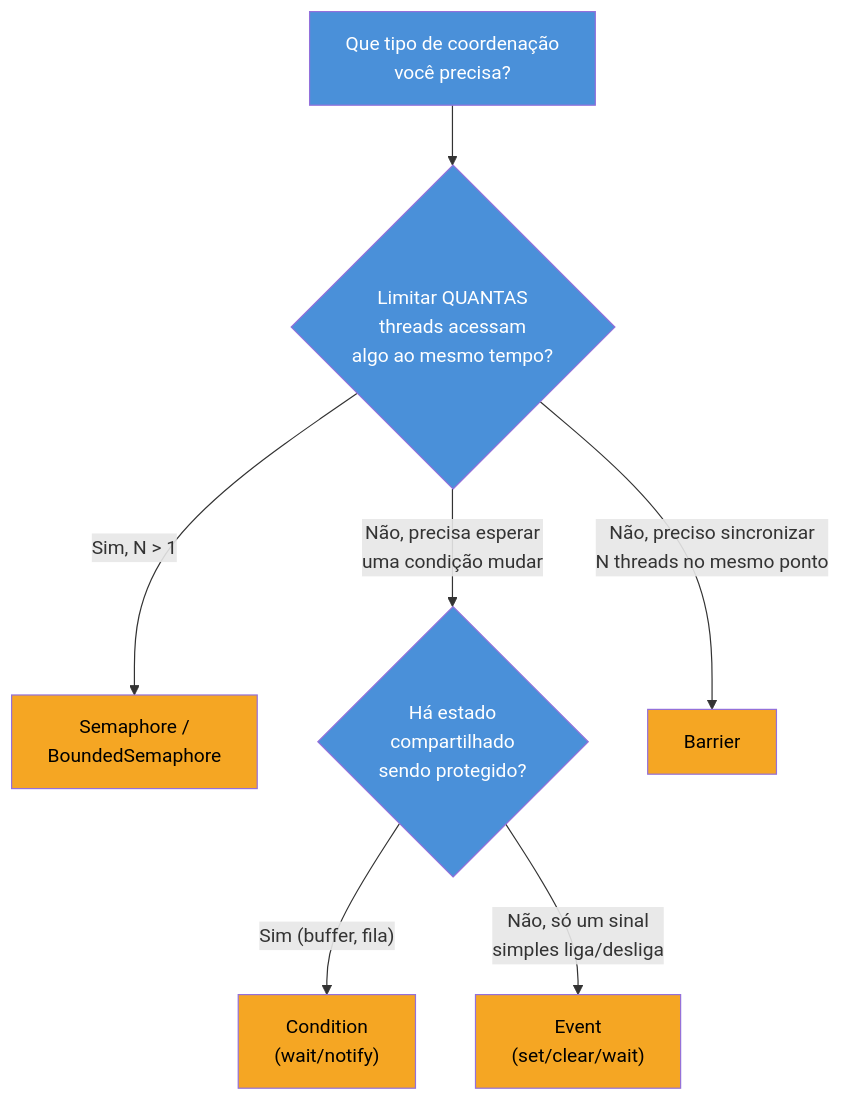
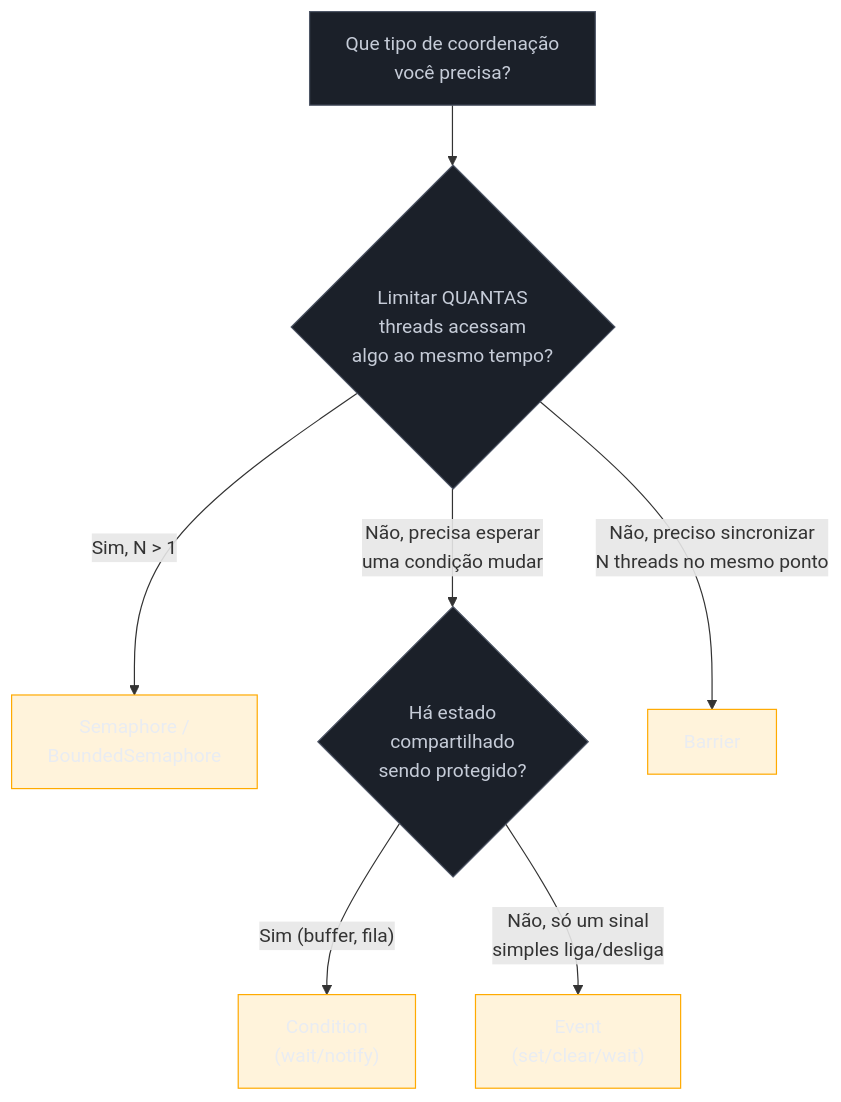
The second of 2 diagrams in 03-Dominios/Tecnologia/Python/Concorrência e paralelismo/02 - Sincronização avançada — Semaphore, Condition, Event, Barrier.md (josenaldo/codex-technomanticus), drawn with Mermaid before and after one commit. The commit also changed 1181 other files, not shown here.

First line of the commit message:
fix(diagramas): paleta do sistema no lugar de cor cravada no markdown

````diff
--- a/03-Dominios/Tecnologia/Python/Concorrência e paralelismo/02 - Sincronização avançada — Semaphore, Condition, Event, Barrier.md
+++ b/03-Dominios/Tecnologia/Python/Concorrência e paralelismo/02 - Sincronização avançada — Semaphore, Condition, Event, Barrier.md
@@ -435,17 +435,19 @@
 ```mermaid
 flowchart TD
+    classDef neutro fill:#1B2029,stroke:#4E5666,color:#C6CCD8
+    classDef destaque fill:#FFAA0024,stroke:#FFAA00,color:#E9ECF2
     Start["Que tipo de coordenação\nvocê precisa?"] --> Q1{"Limitar QUANTAS\nthreads acessam\nalgo ao mesmo tempo?"}
     Q1 -- "Sim, N > 1" --> Sem["Semaphore /\nBoundedSemaphore"]
     Q1 -- "Não, precisa esperar\numa condição mudar" --> Q2{"Há estado\ncompartilhado\nsendo protegido?"}
     Q2 -- "Sim (buffer, fila)" --> Cond["Condition\n(wait/notify)"]
     Q2 -- "Não, só um sinal\nsimples liga/desliga" --> Ev["Event\n(set/clear/wait)"]
     Q1 -- "Não, preciso sincronizar\nN threads no mesmo ponto" --> Bar["Barrier"]
 
-    style Start fill:#4A90D9,color:#fff
-    style Q1 fill:#4A90D9,color:#fff
-    style Q2 fill:#4A90D9,color:#fff
-    style Sem fill:#F5A623,color:#000
-    style Cond fill:#F5A623,color:#000
-    style Ev fill:#F5A623,color:#000
-    style Bar fill:#F5A623,color:#000
+    class Start neutro
+    class Q1 neutro
+    class Q2 neutro
+    class Sem destaque
+    class Cond destaque
+    class Ev destaque
+    class Bar destaque
 ```
````
